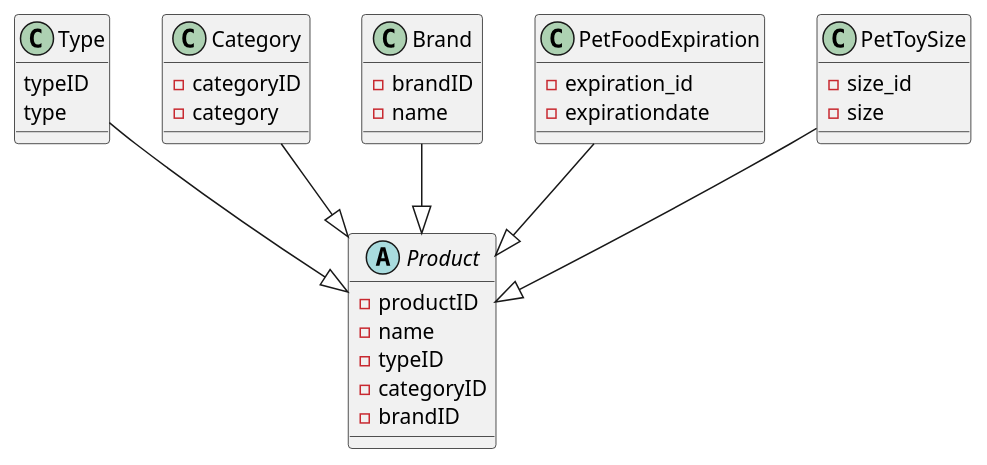
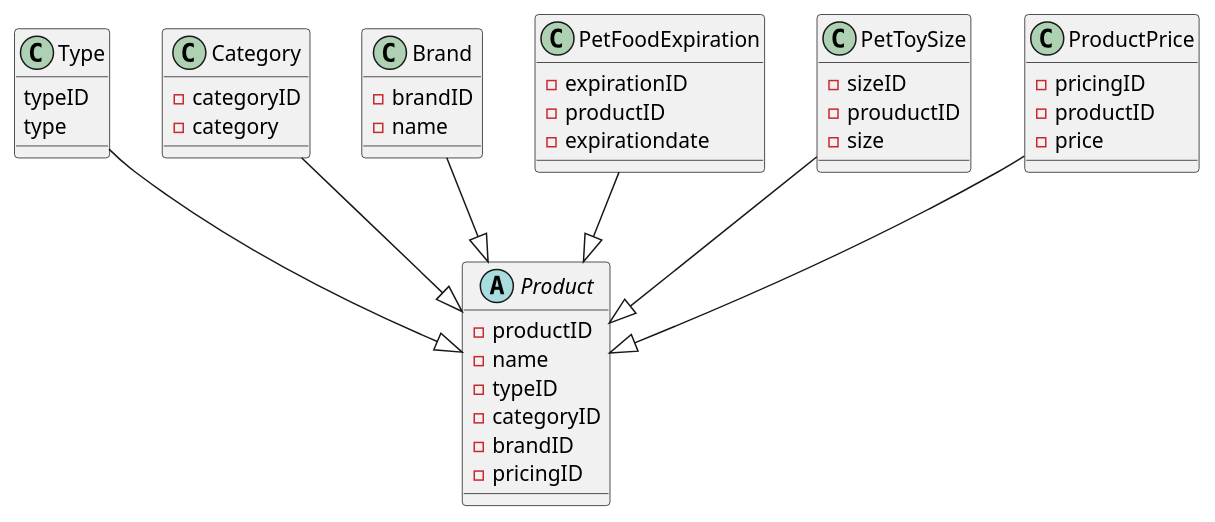
Before and after one commit to aysegulaksu/block3-adv-web: the diagram in project01/project01-sql-md-puml-files/tables.puml, drawn with PlantUML. The commit also changed 3 other files, not shown here.

```diff
--- a/project01/project01-sql-md-puml-files/tables.puml
+++ b/project01/project01-sql-md-puml-files/tables.puml
@@ -2,41 +2,52 @@
 @startuml
 Type --|> Product
 Category --|> Product
 Brand --|> Product
 PetFoodExpiration --|> Product
 PetToySize --|> Product
+ProductPrice --|> Product
 
 abstract class Product {
   -productID
   -name
   -typeID
   -categoryID
   -brandID
+  -pricingID
 }
 
 class Type {
   typeID
   type
 }
 
 class Category {
   -categoryID
   -category
 }
 
 class Brand {
   -brandID
   -name
 }
 
 class PetFoodExpiration {
-  -expiration_id
+  -expirationID
+  -productID
   -expirationdate
 }
 
 class PetToySize {
-  -size_id
+  -sizeID
+  -prouductID
   -size
 }
 
+class ProductPrice {
+  -pricingID
+  -productID
+  -price
+}
+
+
 @enduml
```
